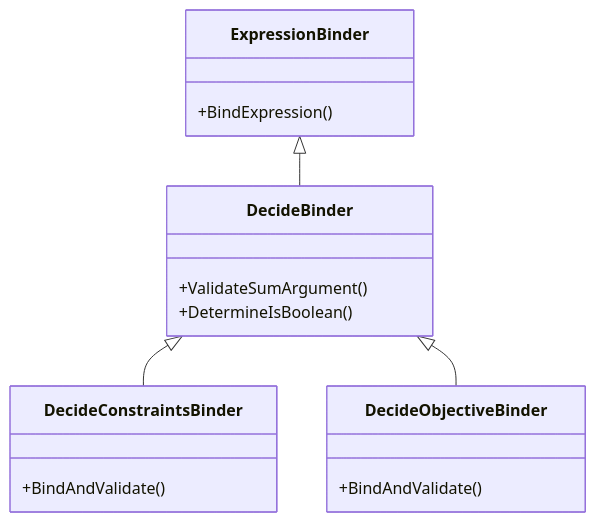
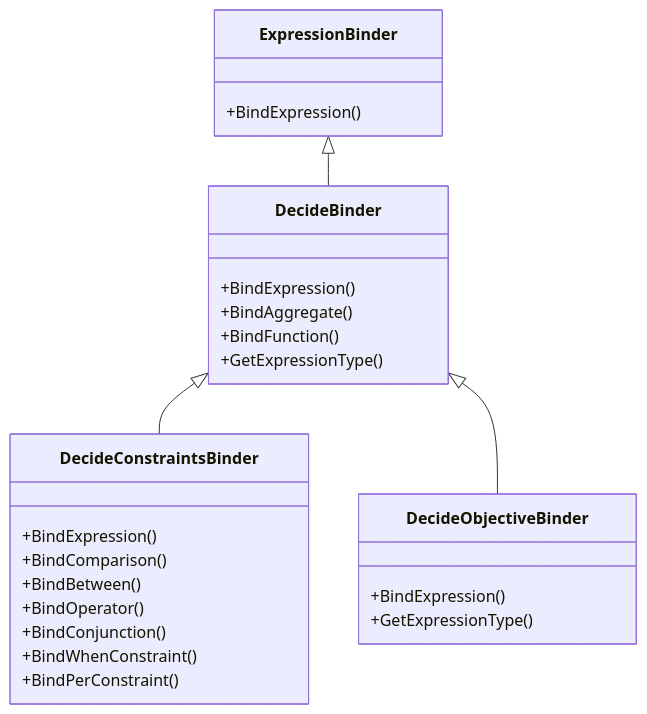
Before and after one commit to huda-lab/packdb: the first of 2 diagrams in context/descriptions/01_pipeline/code_structure.md, drawn with Mermaid. The commit also changed other lines of this file and 34 other files, not shown here.

````diff
--- a/context/descriptions/01_pipeline/code_structure.md
+++ b/context/descriptions/01_pipeline/code_structure.md
@@ -52,20 +52,29 @@
 ```mermaid
 classDiagram
     class ExpressionBinder {
         +BindExpression()
     }
     class DecideBinder {
-        +ValidateSumArgument()
-        +DetermineIsBoolean()
+        +BindExpression()
+        +BindAggregate()
+        +BindFunction()
+        +GetExpressionType()
     }
     class DecideConstraintsBinder {
-        +BindAndValidate()
+        +BindExpression()
+        +BindComparison()
+        +BindBetween()
+        +BindOperator()
+        +BindConjunction()
+        +BindWhenConstraint()
+        +BindPerConstraint()
     }
     class DecideObjectiveBinder {
-        +BindAndValidate()
+        +BindExpression()
+        +GetExpressionType()
     }
-    
+
     ExpressionBinder <|-- DecideBinder
     DecideBinder <|-- DecideConstraintsBinder
     DecideBinder <|-- DecideObjectiveBinder
 ```
````
